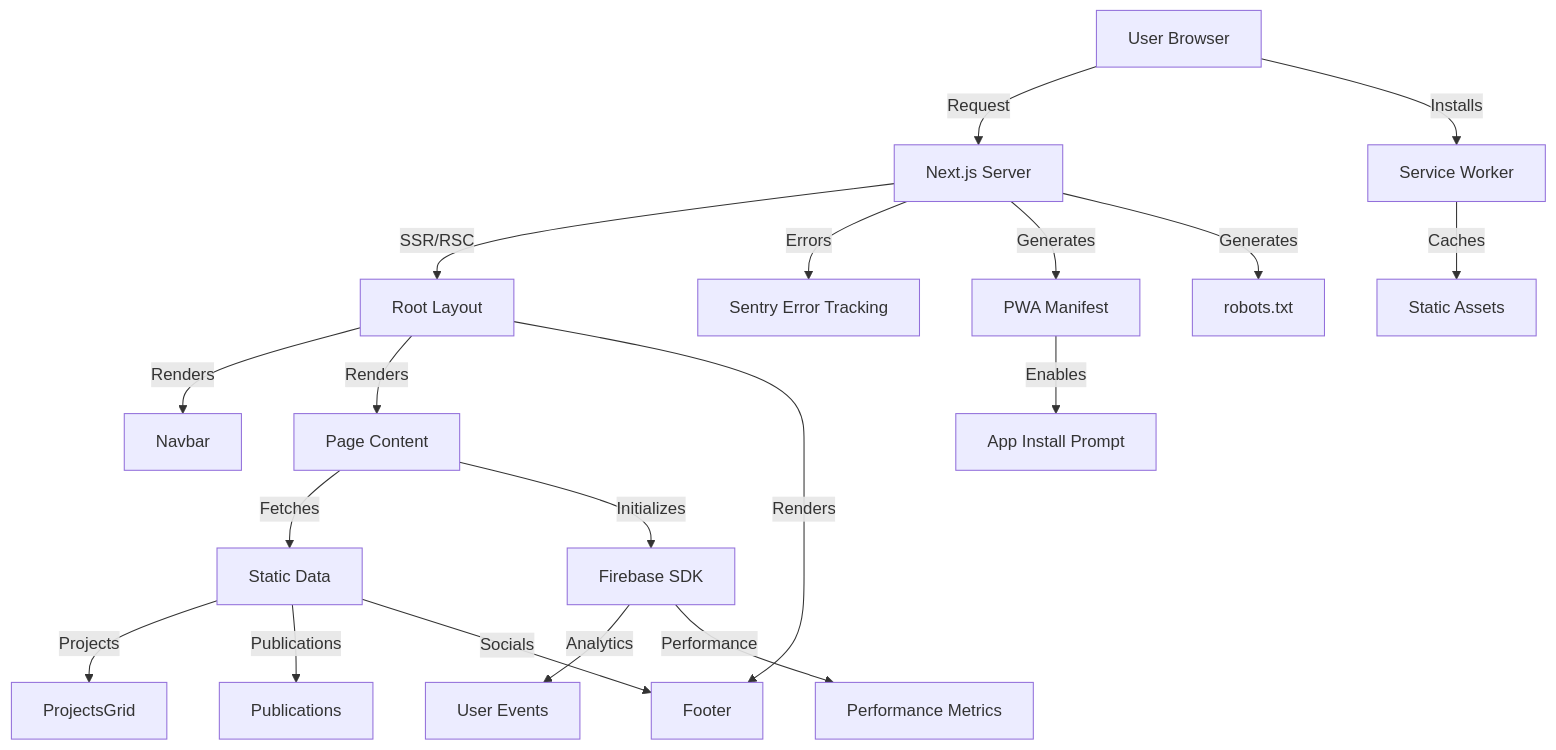
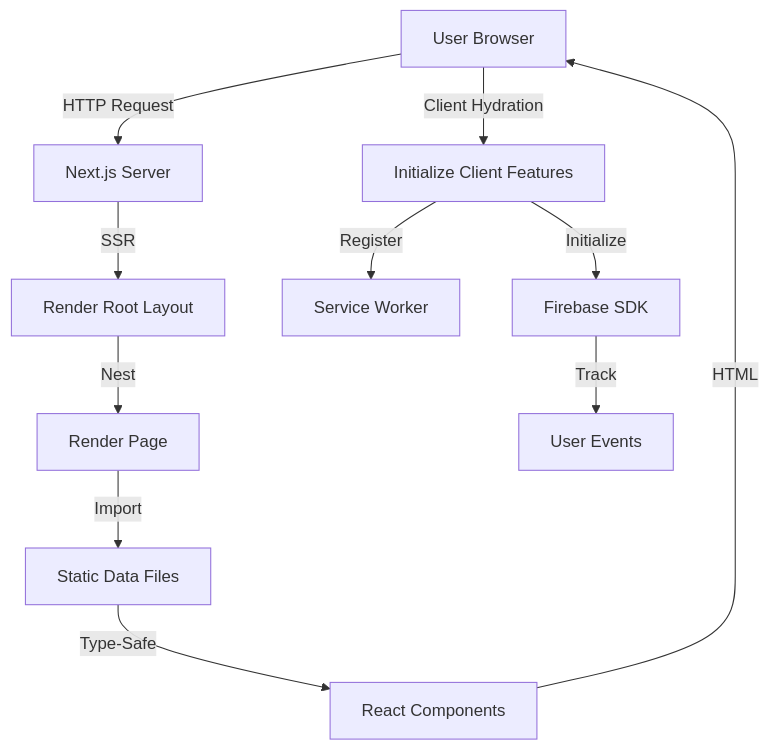
The diagram in docs/architecture/index.md (AlexJSully/AlexJSully-Portfolio), drawn with Mermaid before and after one commit. The commit also changed other lines of this file and 10 other files, not shown here.

````diff
--- a/docs/architecture/index.md
+++ b/docs/architecture/index.md
@@ -72,21 +31,13 @@
 ```mermaid
 flowchart TD
-    User[User Browser] -->|Request| NextJS[Next.js Server]
-    NextJS -->|SSR/RSC| Layout[Root Layout]
-    Layout -->|Renders| Navbar[Navbar]
-    Layout -->|Renders| Page[Page Content]
-    Layout -->|Renders| Footer[Footer]
-    Page -->|Fetches| Data[Static Data]
-    Data -->|Projects| ProjectsGrid[ProjectsGrid]
-    Data -->|Publications| Pubs[Publications]
-    Data -->|Socials| Footer
-    Page -->|Initializes| Firebase[Firebase SDK]
-    Firebase -->|Analytics| Events[User Events]
-    Firebase -->|Performance| Metrics[Performance Metrics]
-    NextJS -->|Errors| Sentry[Sentry Error Tracking]
-    NextJS -->|Generates| Manifest[PWA Manifest]
-    NextJS -->|Generates| Robots[robots.txt]
-    User -->|Installs| SW[Service Worker]
-    SW -->|Caches| Assets[Static Assets]
-    Manifest -->|Enables| Install[App Install Prompt]
+    Browser[User Browser] -->|HTTP Request| NextJS[Next.js Server]
+    NextJS -->|SSR| Layout[Render Root Layout]
+    Layout -->|Nest| Page[Render Page]
+    Page -->|Import| Data[Static Data Files]
+    Data -->|Type-Safe| Components[React Components]
+    Components -->|HTML| Browser
+    Browser -->|Client Hydration| ClientInit[Initialize Client Features]
+    ClientInit -->|Register| SW[Service Worker]
+    ClientInit -->|Initialize| Firebase[Firebase SDK]
+    Firebase -->|Track| Analytics[User Events]
 ```
````
